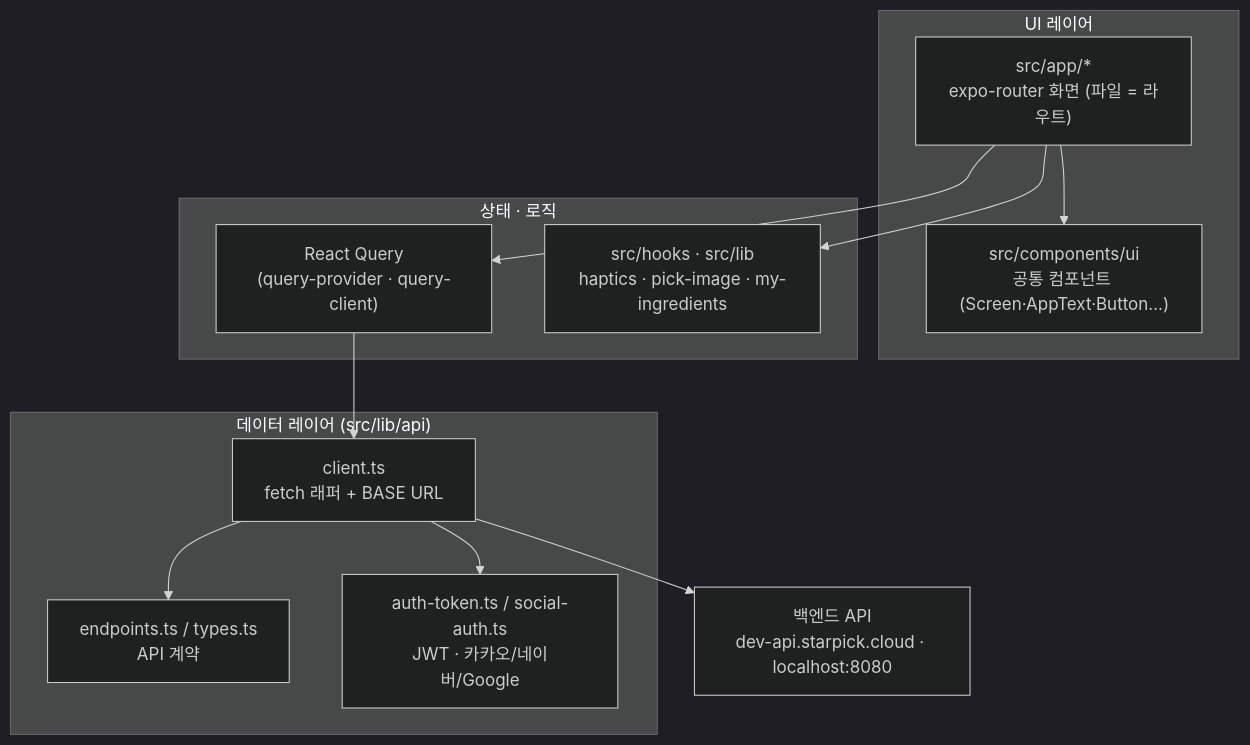
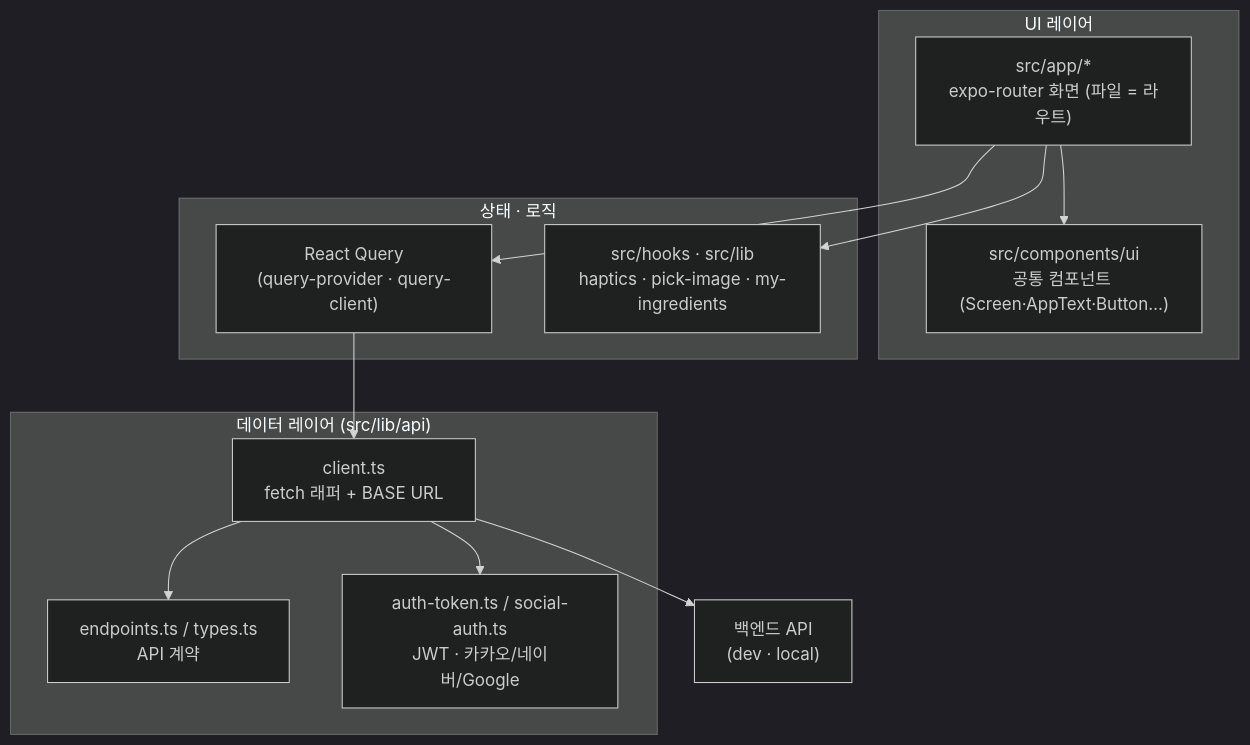
Before and after one commit to swyp-app-6-team-2/frontend: the second of 2 diagrams in README.md, drawn with Mermaid (dark theme). The commit also changed other lines of this file, not shown here.

````diff
--- a/README.md
+++ b/README.md
@@ -97,25 +97,25 @@
 ```mermaid
 graph TD
   subgraph "UI 레이어"
     R["src/app/*<br/>expo-router 화면 (파일 = 라우트)"]
     C["src/components/ui<br/>공통 컴포넌트 (Screen·AppText·Button…)"]
   end
   subgraph "상태 · 로직"
     Q["React Query<br/>(query-provider · query-client)"]
     H["src/hooks · src/lib<br/>haptics · pick-image · my-ingredients"]
   end
   subgraph "데이터 레이어 (src/lib/api)"
     CL["client.ts<br/>fetch 래퍼 + BASE URL"]
     EP["endpoints.ts / types.ts<br/>API 계약"]
     AT["auth-token.ts / social-auth.ts<br/>JWT · 카카오/네이버/Google"]
   end
-  BE["백엔드 API<br/>dev-api.starpick.cloud · localhost:8080"]
+  BE["백엔드 API<br/>(dev · local)"]
 
   R --> C
   R --> Q
   R --> H
   Q --> CL
   CL --> EP
   CL --> AT
   CL --> BE
 ```
````
